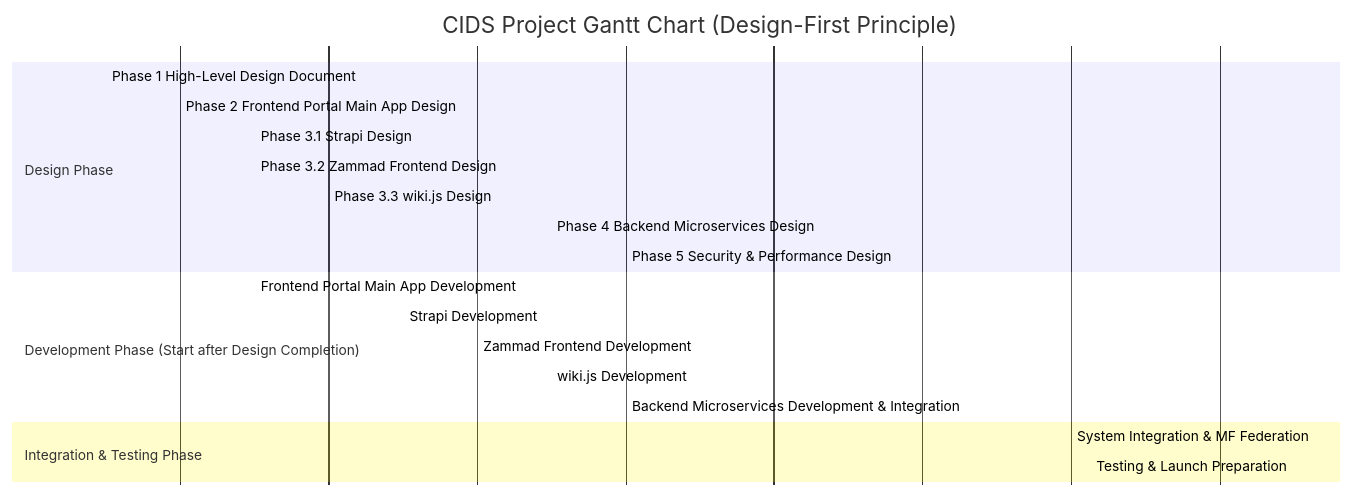
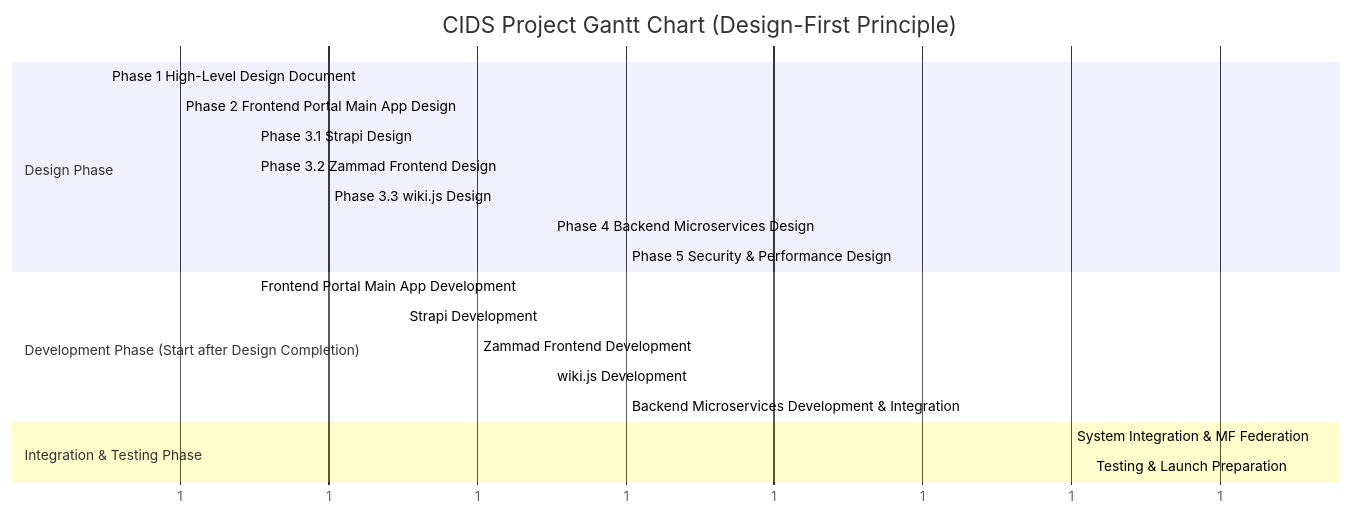
One commit to duofangxiangcai/iodraw-files changed the diagram in all/未命名.md. Above: the diagram before and after it, drawn with Mermaid.

Commit message:
2025-12-09 17:20:07 update

````diff
--- a/all/未命名.md
+++ b/all/未命名.md
@@ -1,28 +1,28 @@
 ```mermaid
 gantt
     title CIDS Project Gantt Chart (Design-First Principle)
     dateFormat  X
-    axisFormat %
+    axisFormat %1
     tickInterval 1
 
     section Design Phase
         Phase 1 High-Level Design Document       :done,    des1, 1, 1       % Week1 (1 week)
         Phase 2 Frontend Portal Main App Design :done,    des2, 2, 2       % Week2 (1 week)
         Phase 3.1 Strapi Design                 :active,  des31, 3, 4     % Week3-4 (2 weeks)
         Phase 3.2 Zammad Frontend Design        :         des32, 3, 5     % Week3-5 (3 weeks)
         Phase 3.3 wiki.js Design                :         des33, 4, 6     % Week4-6 (3 weeks)
         Phase 4 Backend Microservices Design    :         des4, 7, 7     % Week7 (1 week)
         Phase 5 Security & Performance Design   :         des5, 8, 8     % Week8 (1 week)
 
     section Development Phase (Start after Design Completion)
         Frontend Portal Main App Development     :         dev1, 3, 7     % Starts after Phase2 design → Week3-7 (5 weeks)
         Strapi Development                        :         dev2, 5, 9     % Starts after Phase3.1 design → Week5-9 (5 weeks)
         Zammad Frontend Development               :         dev3, 6, 10    % Starts after Phase3.2 design → Week6-10 (5 weeks)
         wiki.js Development                        :         dev4, 7, 11    % Starts after Phase3.3 design → Week7-11 (5 weeks)
         Backend Microservices Development & Integration : dev5, 8, 13 % Starts after Phase4 design → Week8-13 (6 weeks)
 
     section Integration & Testing Phase
         System Integration & MF Federation       :         int1, 14, 16    % Week14-16 (3 weeks)
         Testing & Launch Preparation             :         test1, 17, 17   % Week17 (1 week)
 
 ```
````
